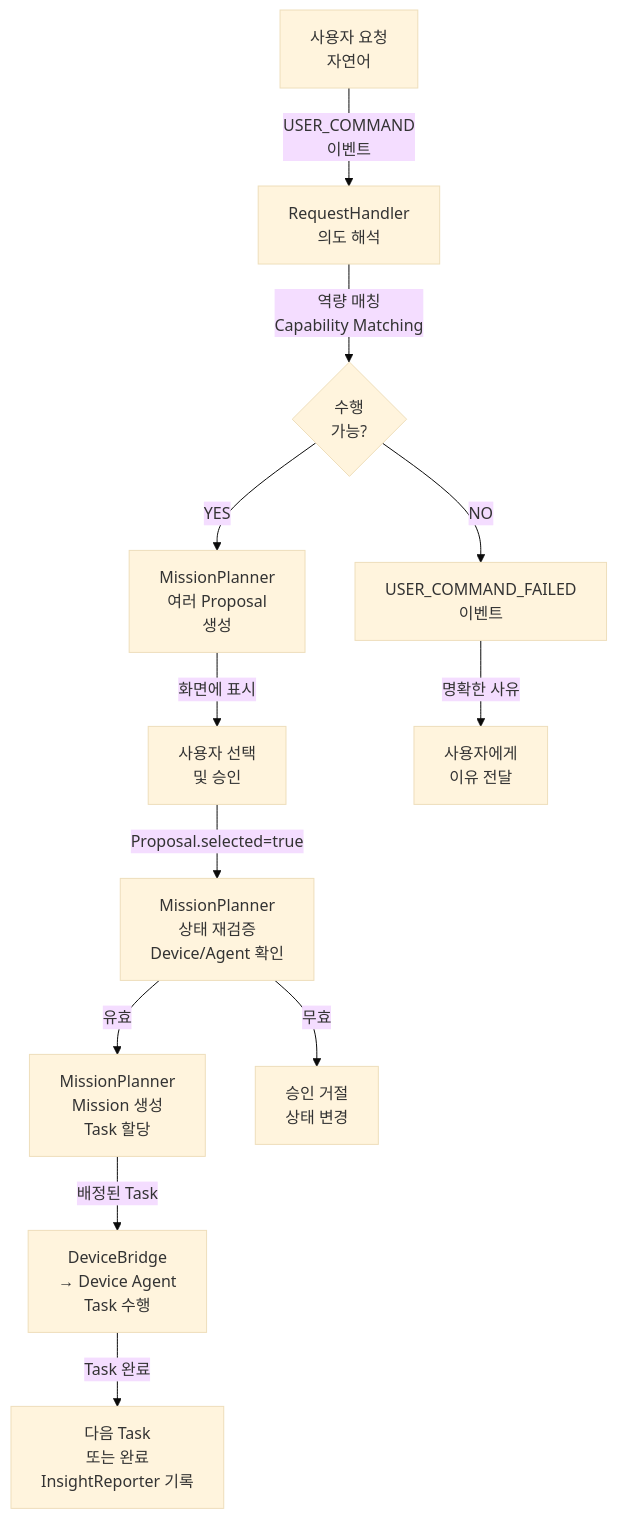
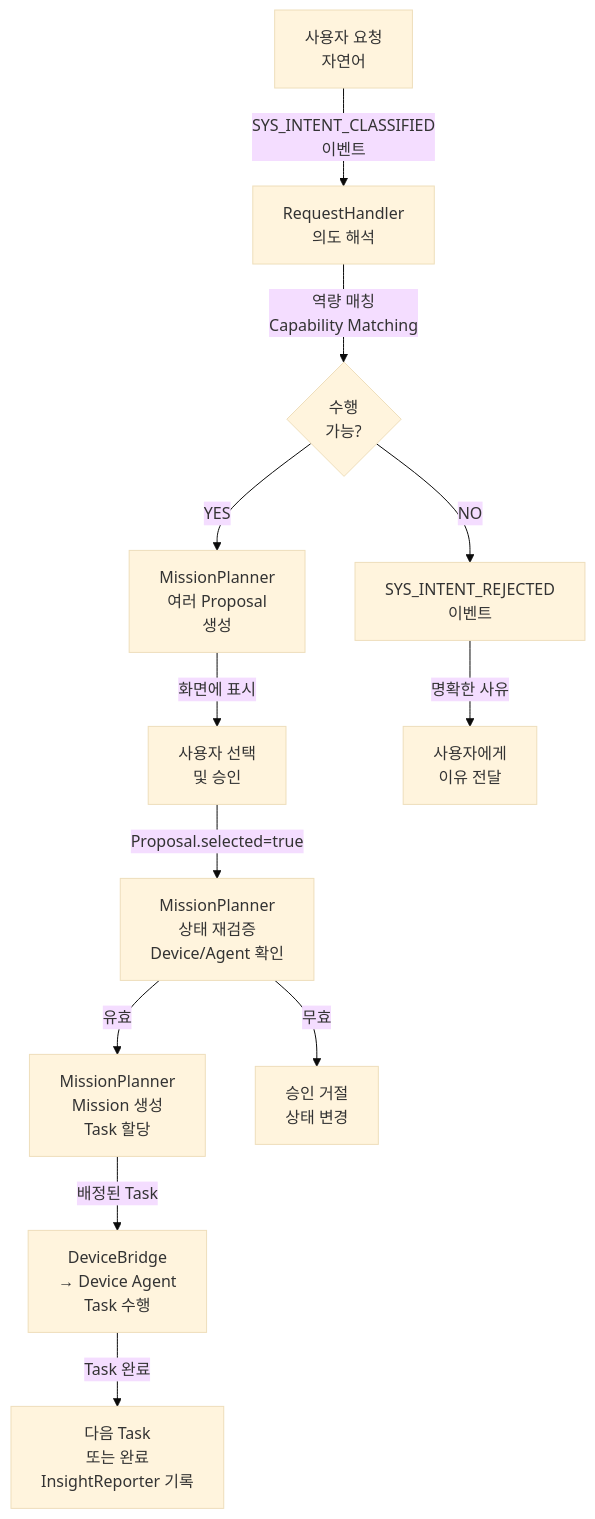
One commit to haeun-yu/CoWater changed the diagram in docs/scenarios/operation.md. Above: the diagram before and after it, drawn with Mermaid (base theme). The commit also changed other lines of this file and 21 other files, not shown here.

````diff
--- a/docs/scenarios/operation.md
+++ b/docs/scenarios/operation.md
@@ -22,14 +22,14 @@
 ```mermaid
 graph TD
-    A["사용자 요청<br/>자연어"] -->|USER_COMMAND<br/>이벤트| B["RequestHandler<br/>의도 해석"]
+    A["사용자 요청<br/>자연어"] -->|SYS_INTENT_CLASSIFIED<br/>이벤트| B["RequestHandler<br/>의도 해석"]
     B -->|역량 매칭<br/>Capability Matching| C{"수행<br/>가능?"}
     C -->|YES| D["MissionPlanner<br/>여러 Proposal<br/>생성"]
-    C -->|NO| E["USER_COMMAND_FAILED<br/>이벤트"]
+    C -->|NO| E["SYS_INTENT_REJECTED<br/>이벤트"]
     D -->|화면에 표시| F["사용자 선택<br/>및 승인"]
     F -->|Proposal.selected=true| G["MissionPlanner<br/>상태 재검증<br/>Device/Agent 확인"]
     G -->|유효| H["MissionPlanner<br/>Mission 생성<br/>Task 할당"]
     G -->|무효| I["승인 거절<br/>상태 변경"]
     H -->|배정된 Task| J["DeviceBridge<br/>→ Device Agent<br/>Task 수행"]
     J -->|Task 완료| K["다음 Task<br/>또는 완료<br/>InsightReporter 기록"]
     E -->|명확한 사유| L["사용자에게<br/>이유 전달"]
 ```
````
